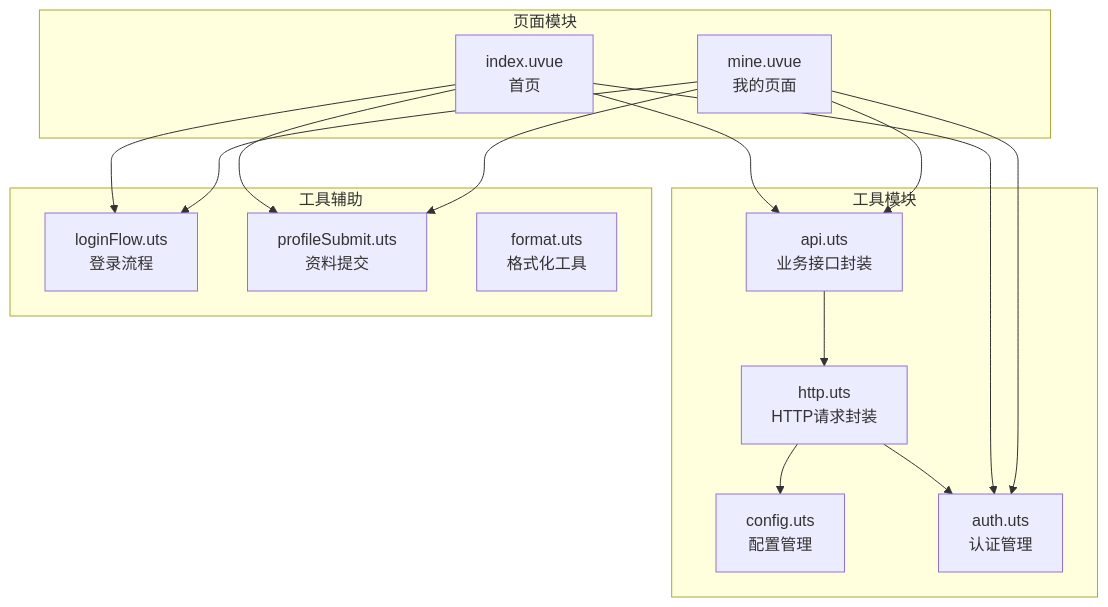
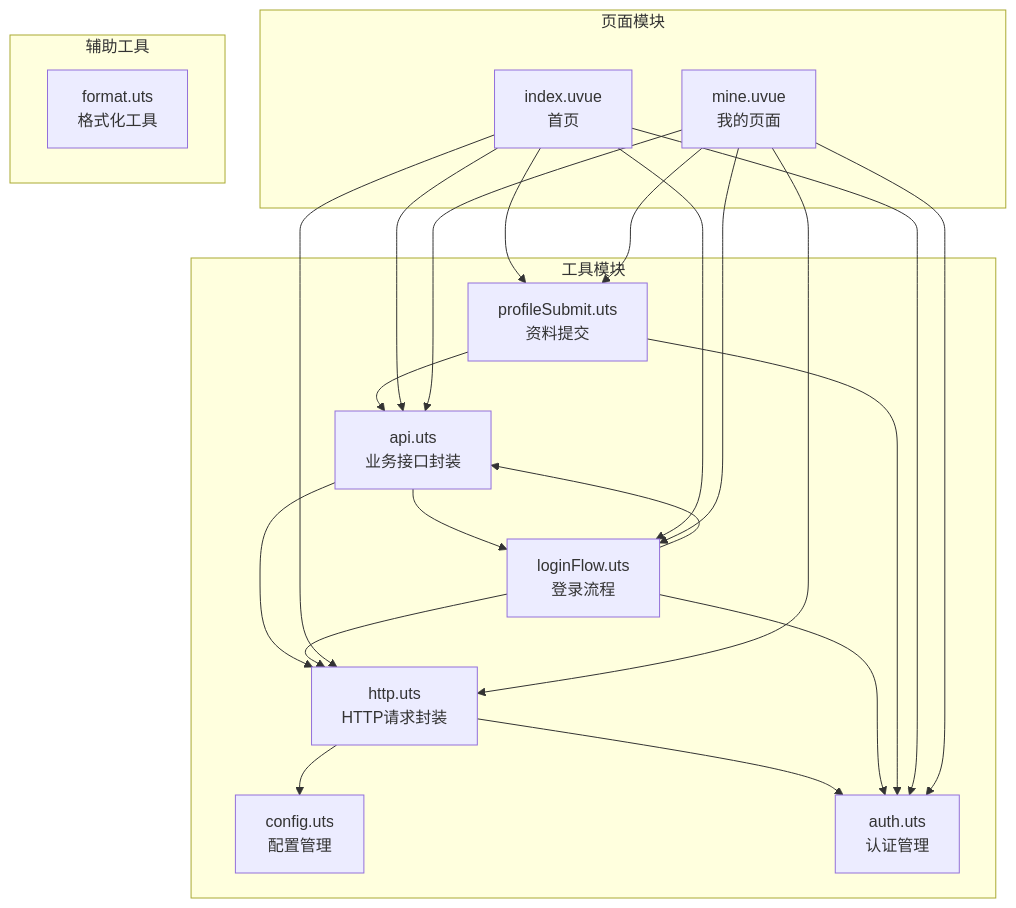
Before and after one commit to crazyma99/blueberry: the first of 8 diagrams in .qoder/repowiki/zh/content/工具模块详解/HTTP请求封装器.md, drawn with Mermaid. The commit also changed other lines of this file and 7 other files, not shown here.

````diff
--- a/.qoder/repowiki/zh/content/工具模块详解/HTTP请求封装器.md
+++ b/.qoder/repowiki/zh/content/工具模块详解/HTTP请求封装器.md
@@ -38,29 +47,37 @@
 ```mermaid
 graph TB
 subgraph "工具模块"
 HTTP[http.uts<br/>HTTP请求封装]
 CONFIG[config.uts<br/>配置管理]
 AUTH[auth.uts<br/>认证管理]
 API[api.uts<br/>业务接口封装]
+LOGIN[loginFlow.uts<br/>登录流程]
+PROFILE[profileSubmit.uts<br/>资料提交]
 end
 subgraph "页面模块"
 INDEX[index.uvue<br/>首页]
 MINE[mine.uvue<br/>我的页面]
 end
-subgraph "工具辅助"
-LOGIN[loginFlow.uts<br/>登录流程]
-PROFILE[profileSubmit.uts<br/>资料提交]
+subgraph "辅助工具"
 FORMAT[format.uts<br/>格式化工具]
 end
 HTTP --> CONFIG
 HTTP --> AUTH
 API --> HTTP
+API --> LOGIN
+LOGIN --> API
+LOGIN --> AUTH
+LOGIN --> HTTP
+PROFILE --> API
+PROFILE --> AUTH
 INDEX --> API
 INDEX --> AUTH
 INDEX --> LOGIN
 INDEX --> PROFILE
+INDEX --> HTTP
 MINE --> API
 MINE --> AUTH
 MINE --> LOGIN
 MINE --> PROFILE
+MINE --> HTTP
 ```
````
